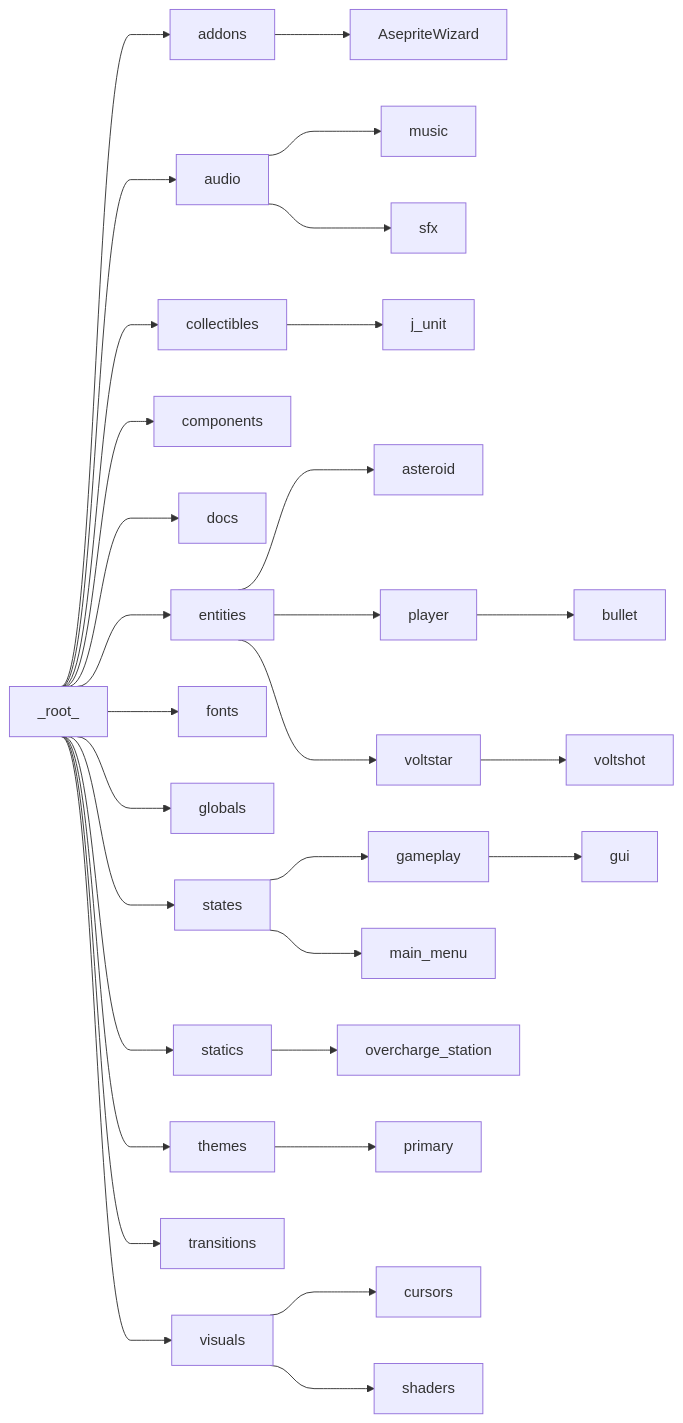
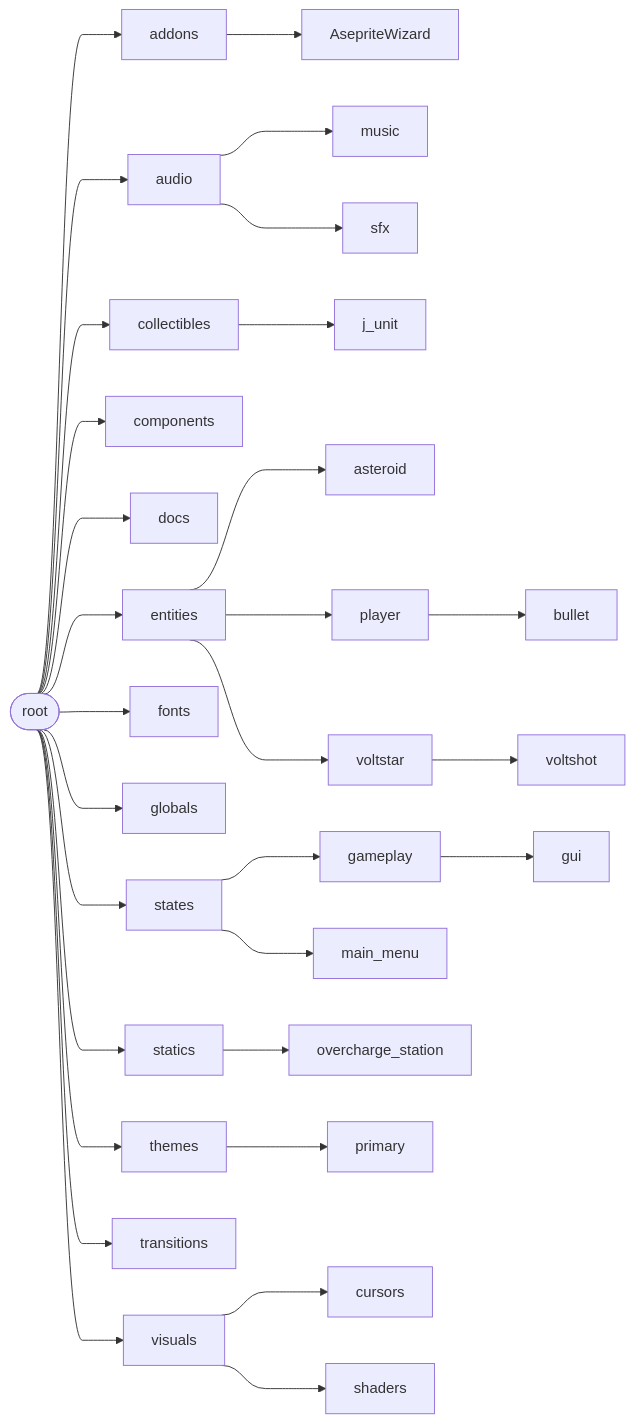
One commit to safwan-ds/AstroDodge changed the first of 2 diagrams in docs/structures.md. Above: the diagram before and after it, drawn with Mermaid. The commit also changed other lines of this file and 93 other files, not shown here.

````diff
--- a/docs/structures.md
+++ b/docs/structures.md
@@ -5,36 +5,36 @@
 ```mermaid
 %%{ init: { 'flowchart': { 'curve': 'bumpX' } } }%%
 flowchart LR
-    r[_root_] --> addons --> AsepriteWizard
+    r([root]) --> addons --> AsepriteWizard
     r --> audio
     audio --> music
     audio --> sfx
 
     r --> collectibles --> j_unit
     r --> components
     r --> docs
 
     r --> e[entities]
     e --> asteroid
     e --> player --> bullet
     e --> voltstar --> voltshot
 
     r --> fonts
     r --> globals
 
     r --> states
     states --> gameplay --> gui
     states --> main_menu
 
     r --> statics
     statics --> overcharge_station
 
     r --> themes
     themes --> primary
 
     r --> transitions
 
     r --> v[visuals]
     v --> cursors
     v --> shaders
 ```
````
